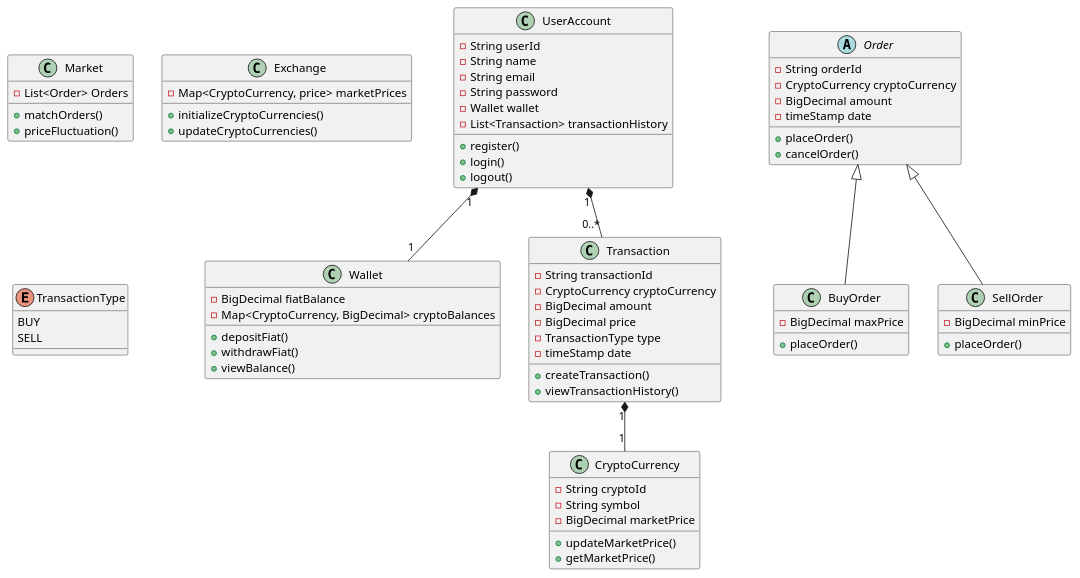
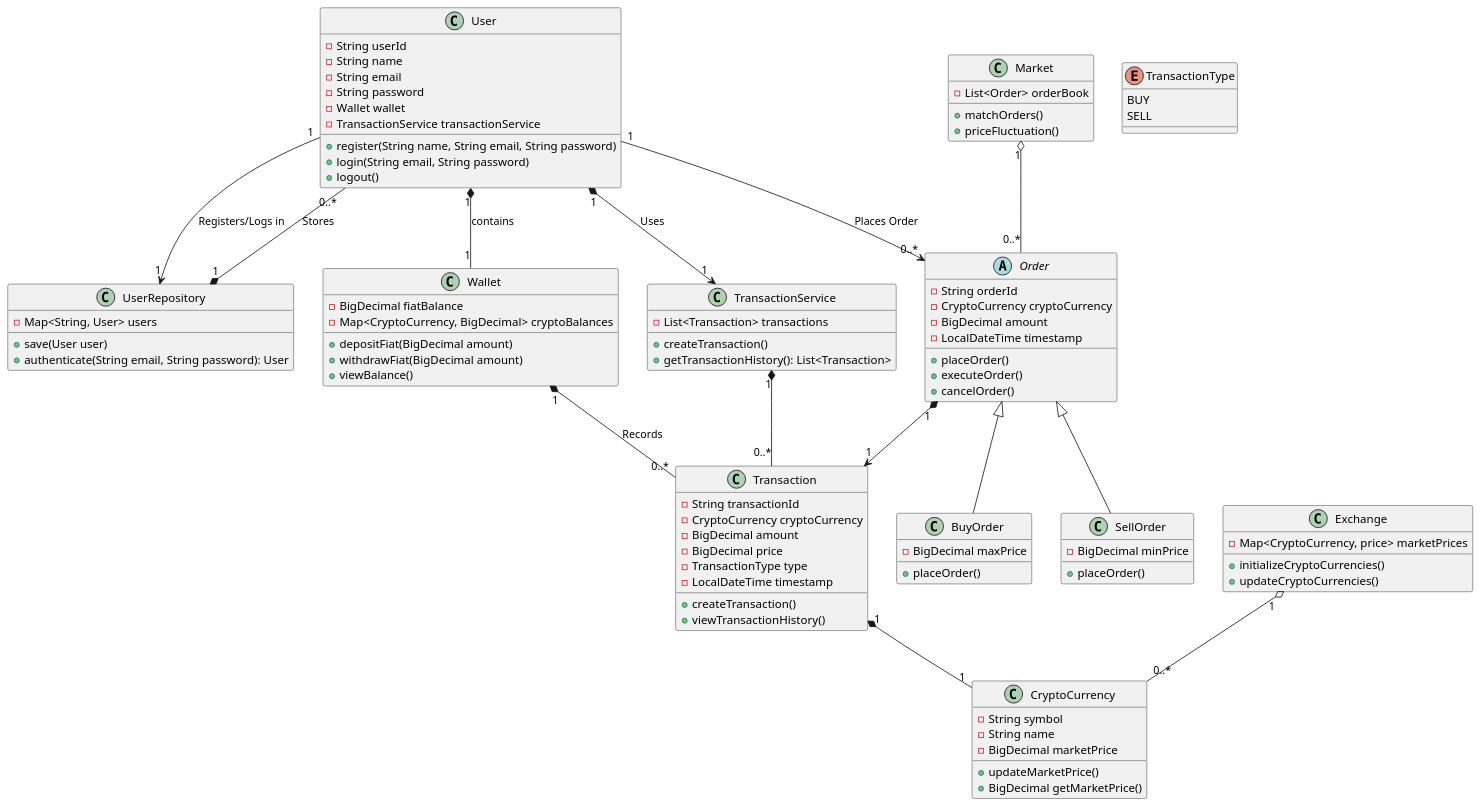
Before and after one commit to LeynderS/crypto_exchange_system: the diagram in diagram/class_diagram.puml, drawn with PlantUML. The commit also changed 7 other files, not shown here.

Commit message:
Implement UML Models (CryptoCurrency, Transaction, TransactionType, User, Wallet) to code

```diff
--- a/diagram/class_diagram.puml
+++ b/diagram/class_diagram.puml
@@ -1,84 +1,106 @@
 @startuml
 
-class UserAccount {
+class User {
 -String userId
 -String name
 -String email
 -String password
 -Wallet wallet
--List<Transaction> transactionHistory
-+register()
-+login()
+-TransactionService transactionService
++register(String name, String email, String password)
++login(String email, String password)
 +logout()
+}
+
+class UserRepository {
+  -Map<String, User> users
+  +save(User user)
+  +authenticate(String email, String password): User
 }
 
 class Wallet {
 -BigDecimal fiatBalance
 -Map<CryptoCurrency, BigDecimal> cryptoBalances
-+depositFiat()
-+withdrawFiat()
++depositFiat(BigDecimal amount)
++withdrawFiat(BigDecimal amount)
 +viewBalance()
 }
 
 class CryptoCurrency {
--String cryptoId
 -String symbol
+-String name
 -BigDecimal marketPrice
 +updateMarketPrice()
-+getMarketPrice()
++BigDecimal getMarketPrice()
 }
 
 class Transaction {
 -String transactionId
 -CryptoCurrency cryptoCurrency
 -BigDecimal amount
 -BigDecimal price
 -TransactionType type
--timeStamp date
+-LocalDateTime timestamp
 +createTransaction()
 +viewTransactionHistory()
+}
+
+class TransactionService {
+  -List<Transaction> transactions
+  +createTransaction()
+  +getTransactionHistory(): List<Transaction>
 }
 
 abstract class Order {
 -String orderId
 -CryptoCurrency cryptoCurrency
 -BigDecimal amount
--timeStamp date
+-LocalDateTime timestamp
 +placeOrder()
++executeOrder()
 +cancelOrder()
 }
 
 class BuyOrder {
 -BigDecimal maxPrice
 +placeOrder()
 }
 
 class SellOrder{
 -BigDecimal minPrice
 +placeOrder()
 }
 
 class Market{
--List<Order> Orders
+-List<Order> orderBook
 +matchOrders()
 +priceFluctuation()
 }
 
 class Exchange{
 -Map<CryptoCurrency, price> marketPrices
 +initializeCryptoCurrencies()
 +updateCryptoCurrencies()
 }
 
+
 enum TransactionType {
 BUY
 SELL
 }
 
-UserAccount "1" *-- "1" Wallet
-UserAccount "1" *-- "0..*" Transaction
+User "1" *-- "1" Wallet : contains
+User "1" --> "0..*" Order : Places Order
+User "1" *--> "1" TransactionService : Uses
+UserRepository "1" *-- "0..*" User : Stores
+User "1" --> "1" UserRepository : Registers/Logs in
+TransactionService "1" *-- "0..*" Transaction
 Transaction "1" *-- "1" CryptoCurrency
 Order <|-- BuyOrder
 Order <|-- SellOrder
+Order "1" *--> "1" Transaction
+Market "1" o-- "0..*" Order
+Exchange "1" o-- "0..*" CryptoCurrency
+Wallet "1" *-- "0..*" Transaction : Records
 
 @enduml
```
